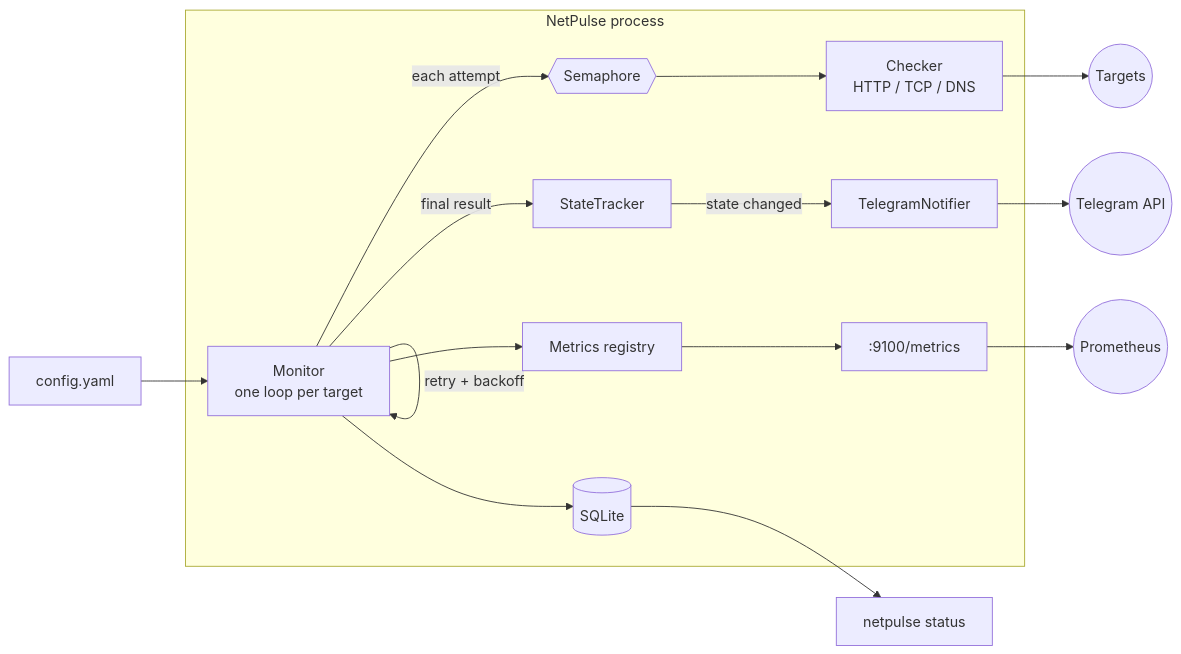
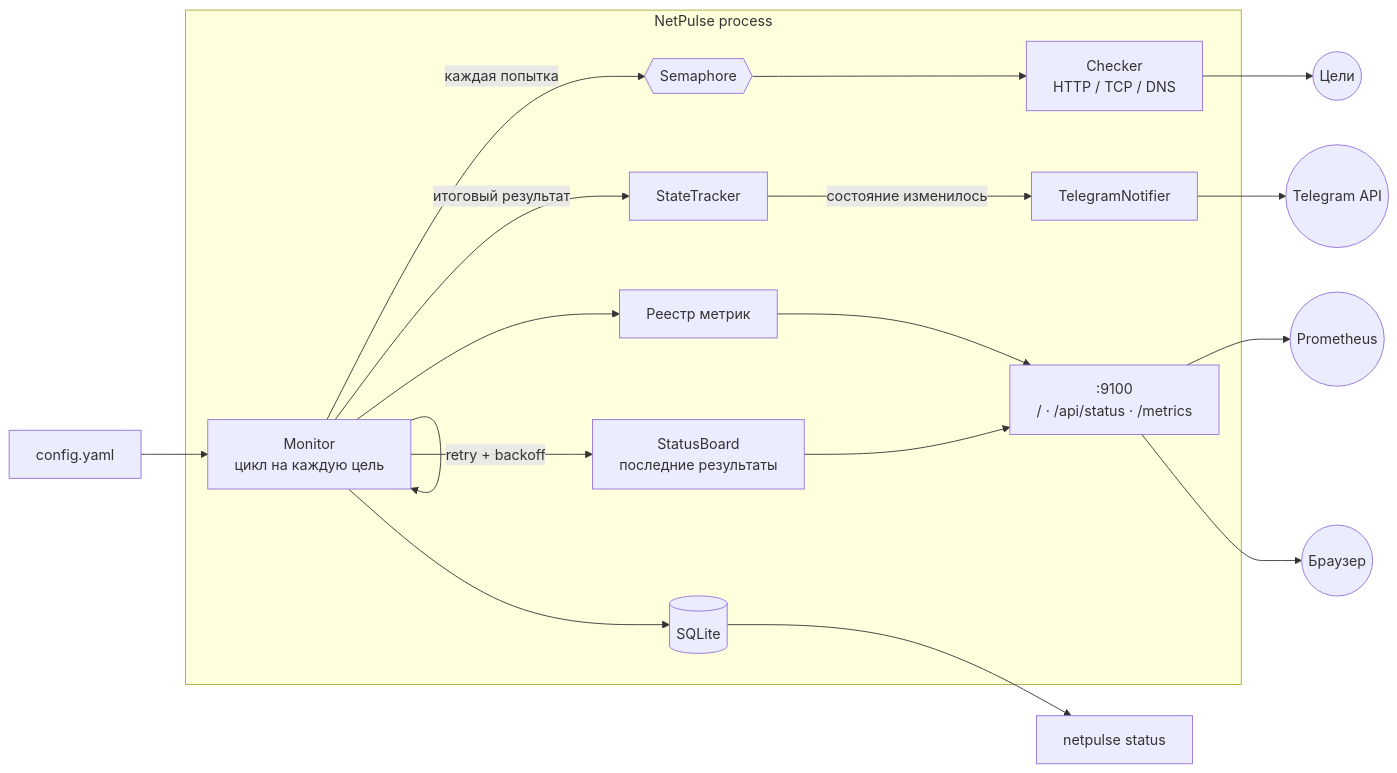
The diagram in README.md (movsarusumov172-crypto/NetPulse), drawn with Mermaid before and after one commit. The commit also changed other lines of this file and 24 other files, not shown here.

First line of the commit message:
feat: add status page with /api/status; translate docs to Russian

````diff
--- a/README.md
+++ b/README.md
@@ -27,20 +29,23 @@
 ```mermaid
 flowchart LR
     CFG[config.yaml] --> MON
 
     subgraph NetPulse process
-        MON[Monitor<br/>one loop per target] -->|each attempt| SEM{{Semaphore}}
+        MON[Monitor<br/>цикл на каждую цель] -->|каждая попытка| SEM{{Semaphore}}
         SEM --> CHK[Checker<br/>HTTP / TCP / DNS]
         MON -->|retry + backoff| MON
-        MON -->|final result| ST[StateTracker]
+        MON -->|итоговый результат| ST[StateTracker]
         MON --> DB[(SQLite)]
-        MON --> MET[Metrics registry]
-        ST -->|state changed| TG[TelegramNotifier]
-        MET --> EP[":9100/metrics"]
+        MON --> MET[Реестр метрик]
+        MON --> BRD[StatusBoard<br/>последние результаты]
+        ST -->|состояние изменилось| TG[TelegramNotifier]
+        MET --> EP[":9100<br/>/ · /api/status · /metrics"]
+        BRD --> EP
     end
 
-    CHK --> NET((Targets))
+    CHK --> NET((Цели))
     TG --> API((Telegram API))
     EP --> PROM((Prometheus))
+    EP --> WEB((Браузер))
     DB --> CLI[netpulse status]
 ```
````
